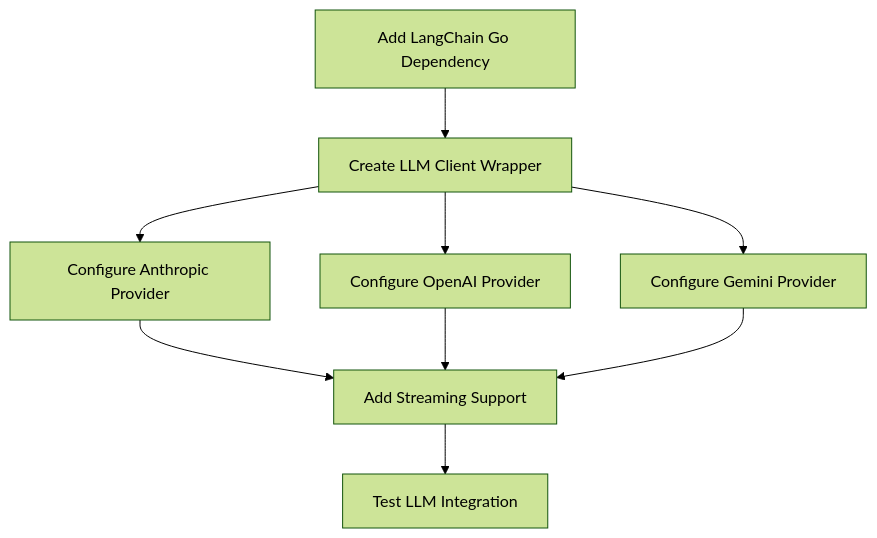
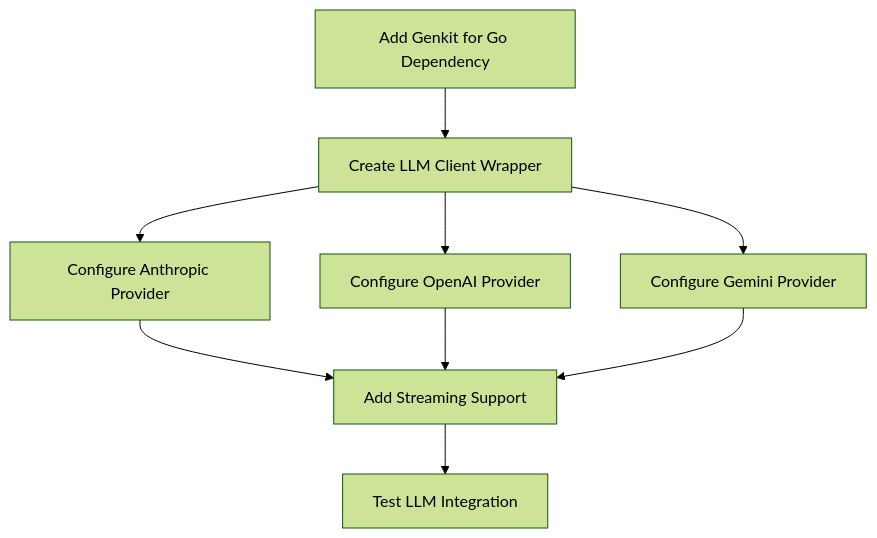
Before and after one commit to mochow13/keen-code: the sixth of 13 diagrams in .ai-interactions/outputs/phase-1/output-1_rfc.md, drawn with Mermaid (forest theme). The commit also changed other lines of this file and 19 other files, not shown here.

First line of the commit message:
feat(llm): implement StreamChat with genkit integration

````diff
--- a/.ai-interactions/outputs/phase-1/output-1_rfc.md
+++ b/.ai-interactions/outputs/phase-1/output-1_rfc.md
@@ -305,11 +305,11 @@
 ```mermaid
 flowchart TD
-    A[Add LangChain Go Dependency] --> B[Create LLM Client Wrapper]
+    A[Add Genkit for Go Dependency] --> B[Create LLM Client Wrapper]
     B --> C[Configure Anthropic Provider]
     B --> D[Configure OpenAI Provider]
     B --> E[Configure Gemini Provider]
     C --> F[Add Streaming Support]
     D --> F
     E --> F
     F --> G[Test LLM Integration]
 ```
````
